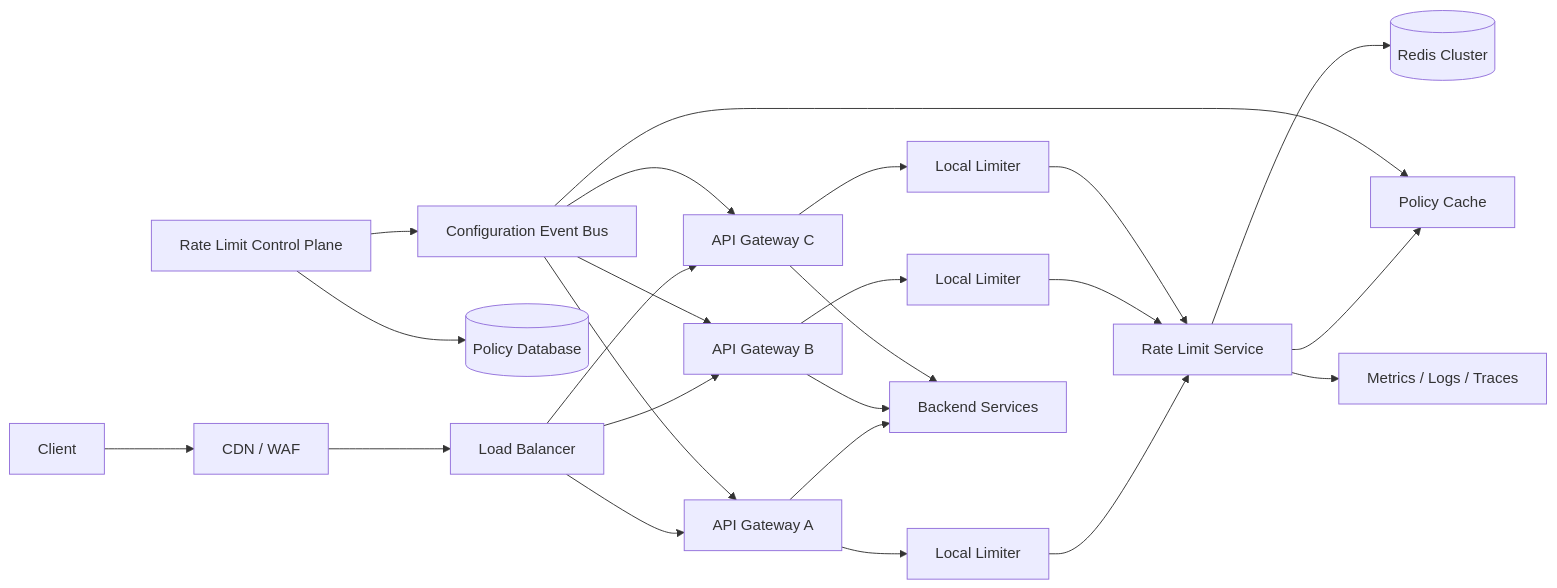
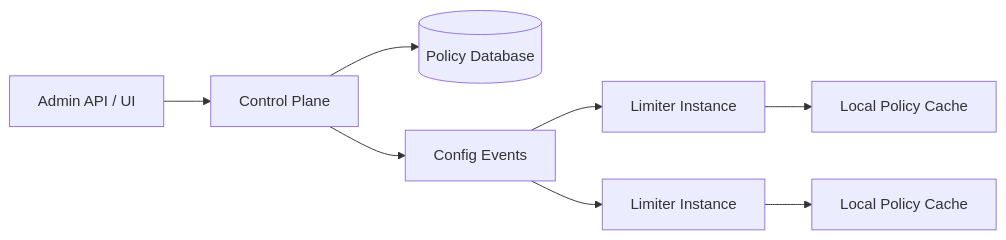
Before and after one commit to AvadhBhalodiya/Interview-Preparation: the third of 6 diagrams in src/content/system-design/rate-limiter.md, drawn with Mermaid. The commit also changed other lines of this file and 54 other files, not shown here.

````diff
--- a/src/content/system-design/rate-limiter.md
+++ b/src/content/system-design/rate-limiter.md
@@ -344,32 +267,12 @@
 ```mermaid
 flowchart LR
-    C[Client] --> CDN[CDN / WAF]
-    CDN --> LB[Load Balancer]
-    LB --> GW1[API Gateway A]
-    LB --> GW2[API Gateway B]
-    LB --> GW3[API Gateway C]
+    ADMIN[Admin API / UI] --> CP[Control Plane]
+    CP --> DB[(Policy Database)]
+    CP --> BUS[Config Events]
 
-    GW1 --> L1A[Local Limiter]
-    GW2 --> L1B[Local Limiter]
-    GW3 --> L1C[Local Limiter]
+    BUS --> R1[Limiter Instance]
+    BUS --> R2[Limiter Instance]
 
-    L1A --> RLS[Rate Limit Service]
-    L1B --> RLS
-    L1C --> RLS
-
-    RLS --> PC[Policy Cache]
-    RLS --> RC[(Redis Cluster)]
-
-    CP[Rate Limit Control Plane] --> DB[(Policy Database)]
-    CP --> BUS[Configuration Event Bus]
-    BUS --> PC
-    BUS --> GW1
-    BUS --> GW2
-    BUS --> GW3
-
-    GW1 --> APP[Backend Services]
-    GW2 --> APP
-    GW3 --> APP
-
-    RLS --> OBS[Metrics / Logs / Traces]
+    R1 --> C1[Local Policy Cache]
+    R2 --> C2[Local Policy Cache]
 ```
````
